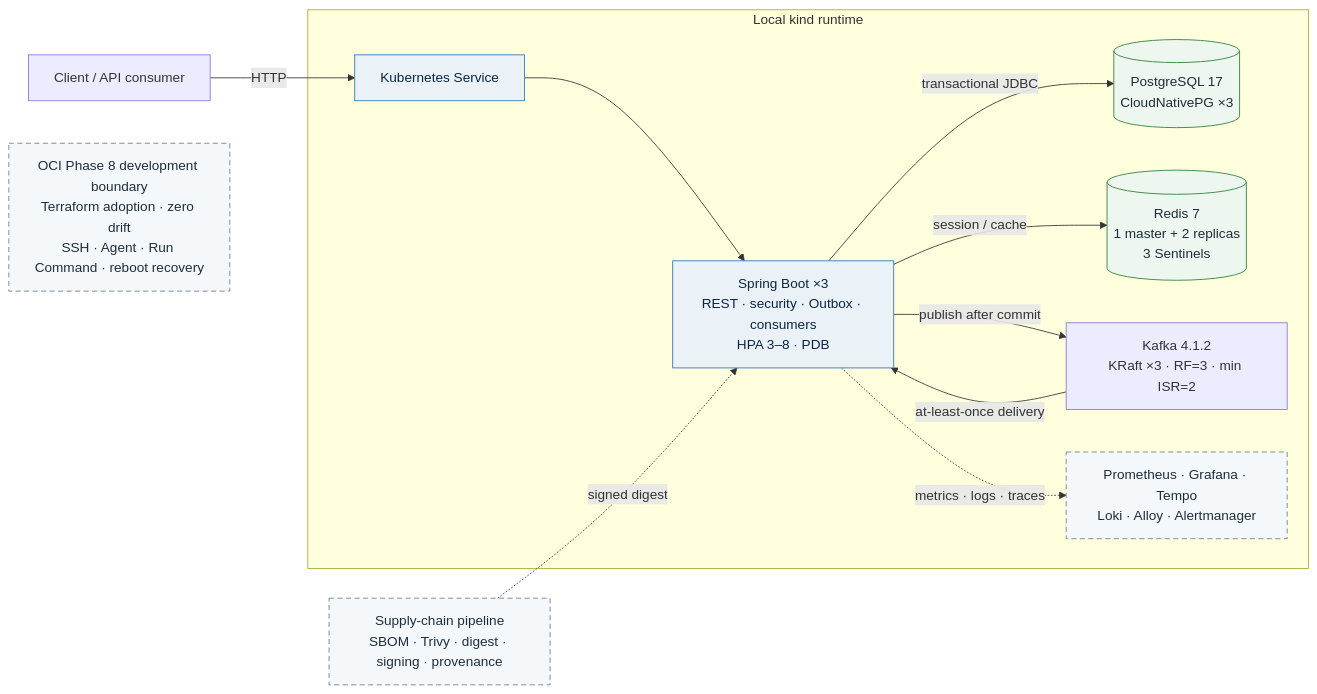
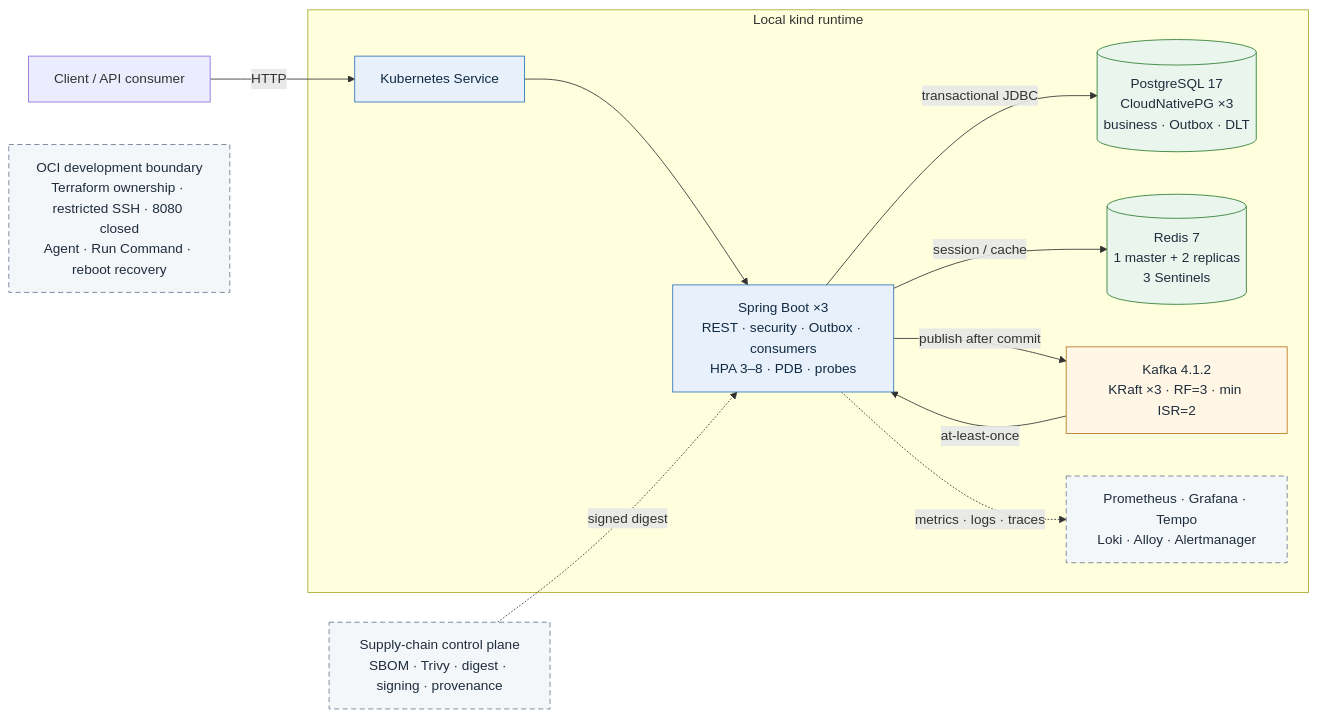
One commit to ravan-chuang/spring-boot-ecommerce-backend changed the first of 4 diagrams in README.md. Above: the diagram before and after it, drawn with Mermaid. The commit also changed other lines of this file and 2 other files, not shown here.

Commit message:
docs: update engineering portfolio through Phase 9

````diff
--- a/README.md
+++ b/README.md
@@ -70,23 +67,25 @@
 ```mermaid
 flowchart LR
     Client["Client / API consumer"] -->|HTTP| Service["Kubernetes Service"]
 
     subgraph Runtime["Local kind runtime"]
-        Service --> App["Spring Boot ×3<br/>REST · security · Outbox · consumers<br/>HPA 3–8 · PDB"]
-        App -->|transactional JDBC| PG[("PostgreSQL 17<br/>CloudNativePG ×3")]
+        Service --> App["Spring Boot ×3<br/>REST · security · Outbox · consumers<br/>HPA 3–8 · PDB · probes"]
+        App -->|transactional JDBC| PG[("PostgreSQL 17<br/>CloudNativePG ×3<br/>business · Outbox · DLT")]
         App -->|session / cache| Redis[("Redis 7<br/>1 master + 2 replicas<br/>3 Sentinels")]
         App -->|publish after commit| Kafka["Kafka 4.1.2<br/>KRaft ×3 · RF=3 · min ISR=2"]
-        Kafka -->|at-least-once delivery| App
+        Kafka -->|at-least-once| App
         App -.->|metrics · logs · traces| Obs["Prometheus · Grafana · Tempo<br/>Loki · Alloy · Alertmanager"]
     end
 
-    Supply["Supply-chain pipeline<br/>SBOM · Trivy · digest · signing · provenance"] -.->|signed digest| App
-    OCI["OCI Phase 8 development boundary<br/>Terraform adoption · zero drift<br/>SSH · Agent · Run Command · reboot recovery"]
+    Supply["Supply-chain control plane<br/>SBOM · Trivy · digest · signing · provenance"] -.->|signed digest| App
+    OCI["OCI development boundary<br/>Terraform ownership · restricted SSH · 8080 closed<br/>Agent · Run Command · reboot recovery"]
 
-    classDef runtime fill:#eaf2f8,stroke:#2e74b5,color:#0b2545;
-    classDef data fill:#edf7ef,stroke:#2e7d32,color:#1f2d3d;
-    classDef control fill:#f5f8fb,stroke:#6b7c8f,color:#1f2d3d,stroke-dasharray:6 4;
+    classDef runtime fill:#e8f1fb,stroke:#2f75b5,color:#102a43;
+    classDef durable fill:#eaf6ed,stroke:#2e7d32,color:#1f2d3d;
+    classDef async fill:#fff6e5,stroke:#b7791f,color:#1f2d3d;
+    classDef control fill:#f4f7fa,stroke:#6b7c8f,color:#1f2d3d,stroke-dasharray:6 4;
     class App,Service runtime;
-    class PG,Redis data;
+    class PG,Redis durable;
+    class Kafka async;
     class Supply,OCI,Obs control;
 ```
````
